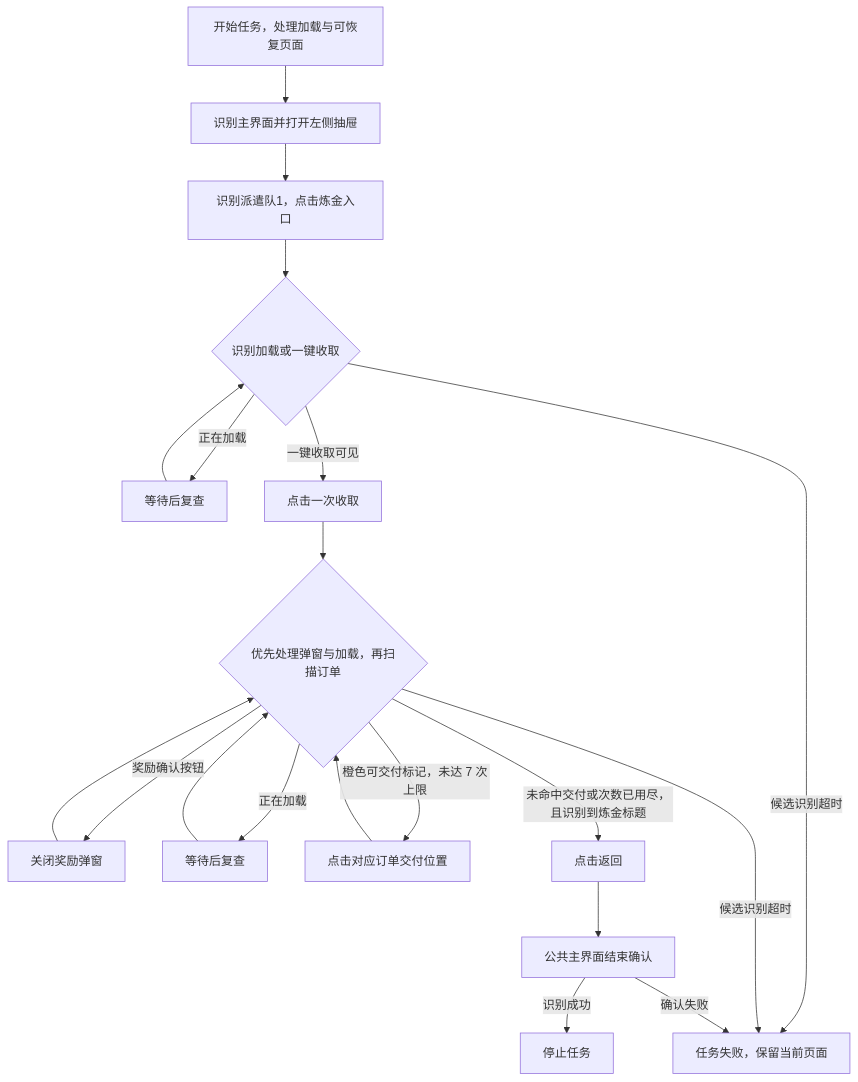
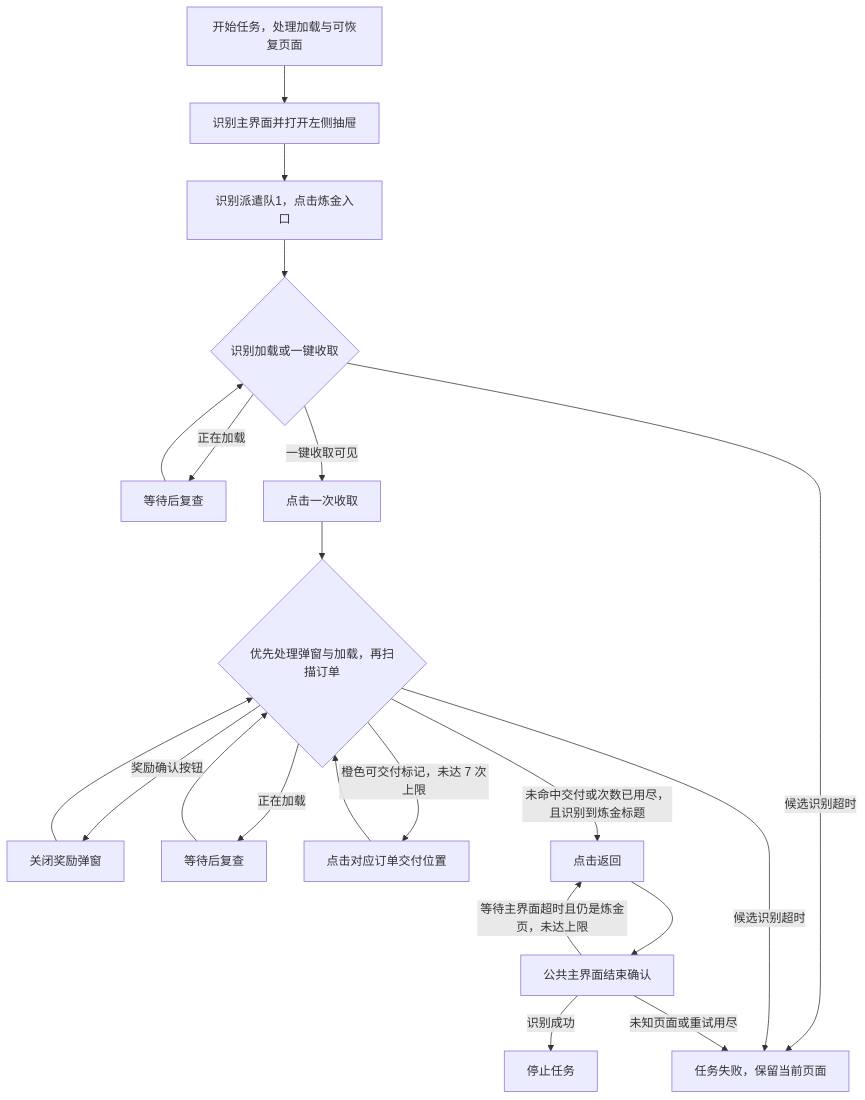
The diagram in docs/zh_cn/tasks/daily_alchemy_orders.md (cccrx1/TKFMaa), drawn with Mermaid before and after one commit. The commit also changed other lines of this file and 1 other file, not shown here.

````diff
--- a/docs/zh_cn/tasks/daily_alchemy_orders.md
+++ b/docs/zh_cn/tasks/daily_alchemy_orders.md
@@ -17,22 +17,23 @@
 ```mermaid
 flowchart TD
     Start[开始任务，处理加载与可恢复页面] --> Main[识别主界面并打开左侧抽屉]
     Main --> Drawer[识别派遣队1，点击炼金入口]
     Drawer --> Collect{识别加载或一键收取}
     Collect -->|正在加载| Wait[等待后复查]
     Wait --> Collect
     Collect -->|一键收取可见| Click[点击一次收取]
     Collect -->|候选识别超时| Fail[任务失败，保留当前页面]
     Click --> Scan{优先处理弹窗与加载，再扫描订单}
     Scan -->|奖励确认按钮| Reward[关闭奖励弹窗]
     Reward --> Scan
     Scan -->|正在加载| ScanWait[等待后复查]
     ScanWait --> Scan
     Scan -->|橙色可交付标记，未达 7 次上限| Deliver[点击对应订单交付位置]
     Deliver --> Scan
     Scan -->|未命中交付或次数已用尽，且识别到炼金标题| Back[点击返回]
     Scan -->|候选识别超时| Fail
     Back --> Confirm[公共主界面结束确认]
     Confirm -->|识别成功| Done[停止任务]
-    Confirm -->|确认失败| Fail
+    Confirm -->|等待主界面超时且仍是炼金页，未达上限| Back
+    Confirm -->|未知页面或重试用尽| Fail
 ```
````
